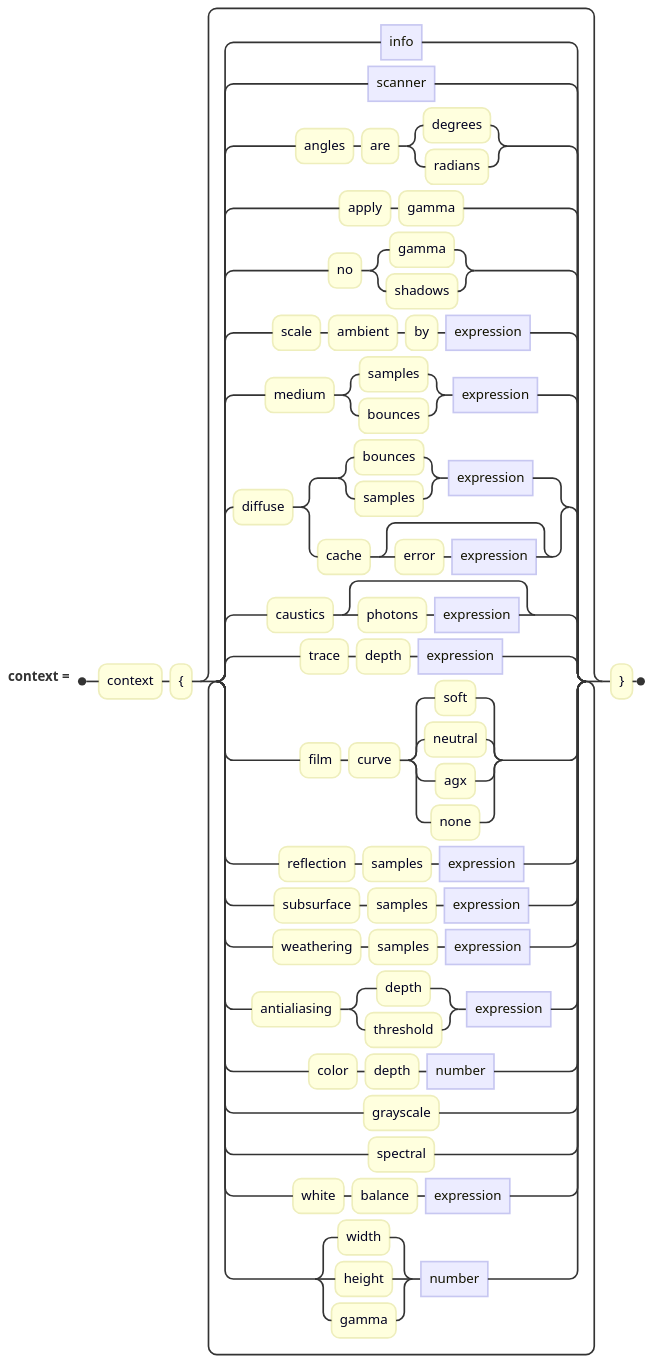
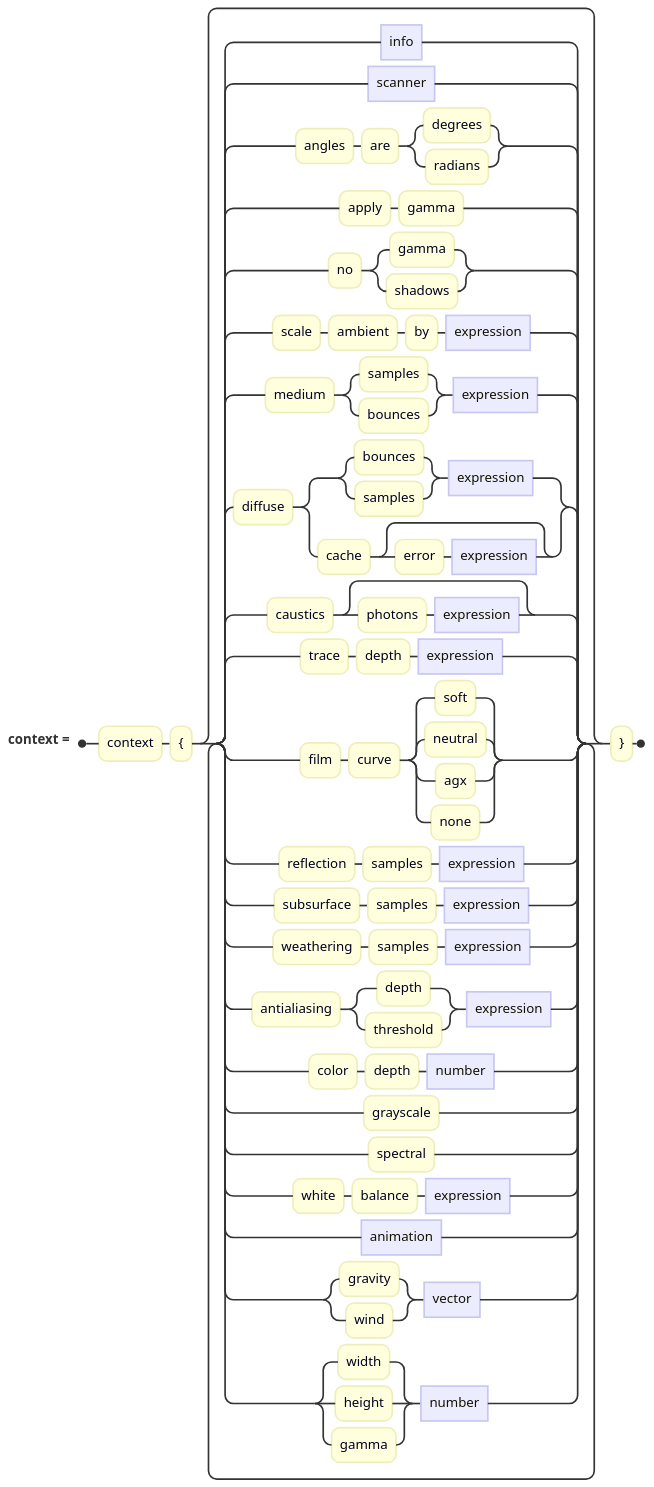
The diagram in docs/diagrams/context/contextClause.mmd (jskress/RayTracer), drawn with Mermaid before and after one commit. The commit also changed 63 other files, not shown here.

```diff
--- a/docs/diagrams/context/contextClause.mmd
+++ b/docs/diagrams/context/contextClause.mmd
@@ -1,18 +1,19 @@
 railroad-ebnf-beta
 title "The context block"
 
 context = "context" "{" { info | scanner | "angles" "are" ( "degrees" | "radians" )
         | "apply" "gamma" | "no" ( "gamma" | "shadows" )
         | "scale" "ambient" "by" expression
         | "medium" ( "samples" | "bounces" ) expression
         | "diffuse" ( ( "bounces" | "samples" ) expression | "cache" [ "error" expression ] )
         | "caustics" [ "photons" expression ]
         | "trace" "depth" expression
         | "film" "curve" ( "soft" | "neutral" | "agx" | "none" )
         | "reflection" "samples" expression
         | "subsurface" "samples" expression
         | "weathering" "samples" expression
         | "antialiasing" ( "depth" | "threshold" ) expression
         | "color" "depth" number | "grayscale" | "spectral"
         | "white" "balance" expression
+        | animation | ( "gravity" | "wind" ) vector
         | ( "width" | "height" | "gamma" ) number } "}" ;
```
